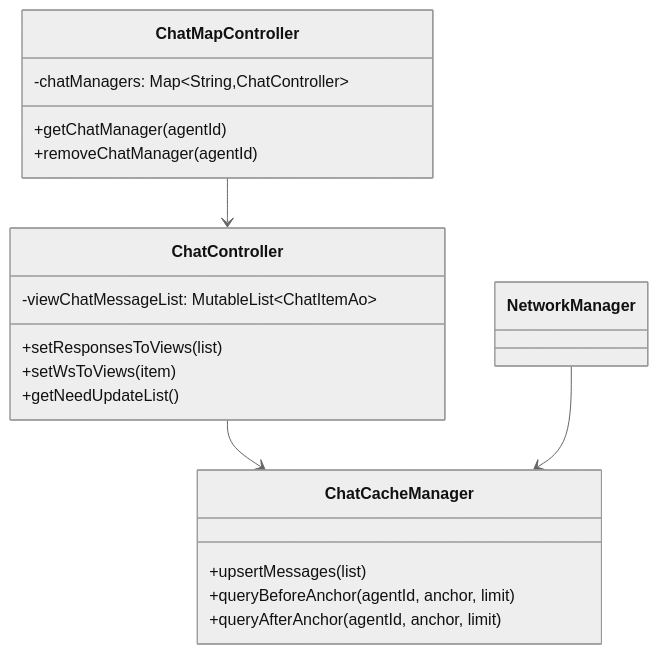
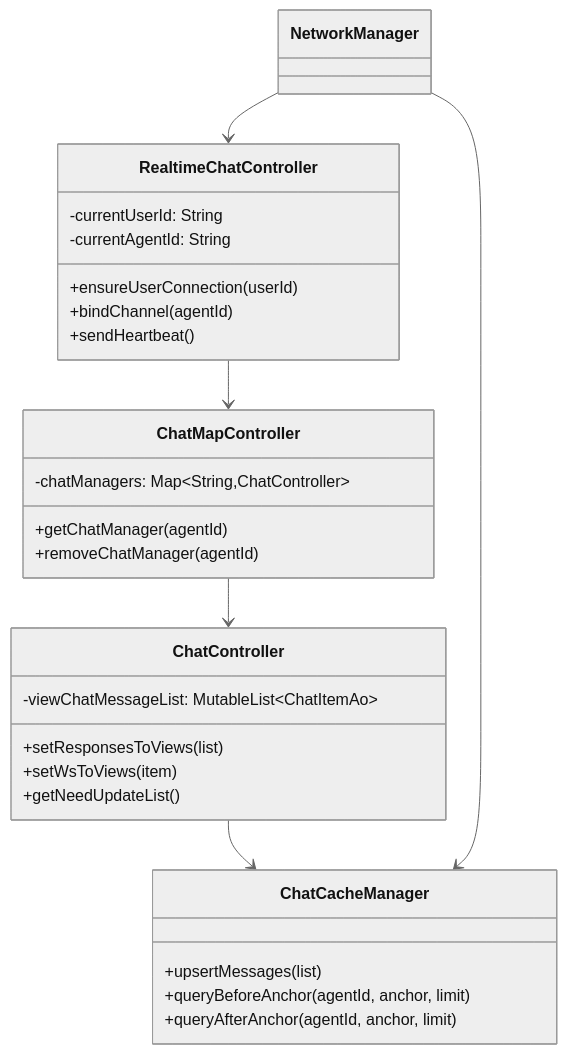
Before and after one commit to nangong918/magic-vector: diagram 27 of 36 in app/android/docs/AndroidDesignDocument.md, drawn with Mermaid (neutral theme). The commit also changed other lines of this file and 20 other files, not shown here.

````diff
--- a/app/android/docs/AndroidDesignDocument.md
+++ b/app/android/docs/AndroidDesignDocument.md
@@ -801,23 +804,32 @@
 ```mermaid
 classDiagram
     class ChatMapController {
       -chatManagers: Map~String,ChatController~
       +getChatManager(agentId)
       +removeChatManager(agentId)
     }
     class ChatController {
       -viewChatMessageList: MutableList~ChatItemAo~
       +setResponsesToViews(list)
       +setWsToViews(item)
       +getNeedUpdateList()
     }
     class ChatCacheManager {
       +upsertMessages(list)
       +queryBeforeAnchor(agentId, anchor, limit)
       +queryAfterAnchor(agentId, anchor, limit)
     }
+    class RealtimeChatController {
+      -currentUserId: String
+      -currentAgentId: String
+      +ensureUserConnection(userId)
+      +bindChannel(agentId)
+      +sendHeartbeat()
+    }
     class NetworkManager
     ChatMapController --> ChatController
     ChatController --> ChatCacheManager
+    RealtimeChatController --> ChatMapController
     NetworkManager --> ChatCacheManager
+    NetworkManager --> RealtimeChatController
 ```
````
